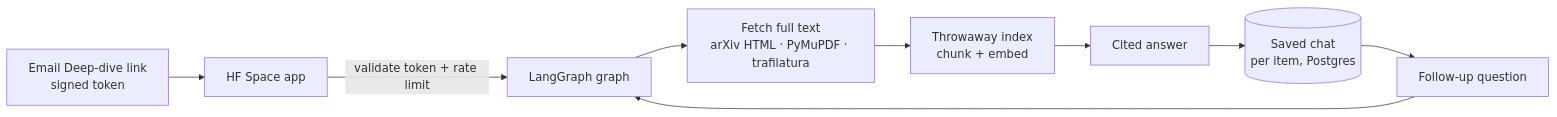
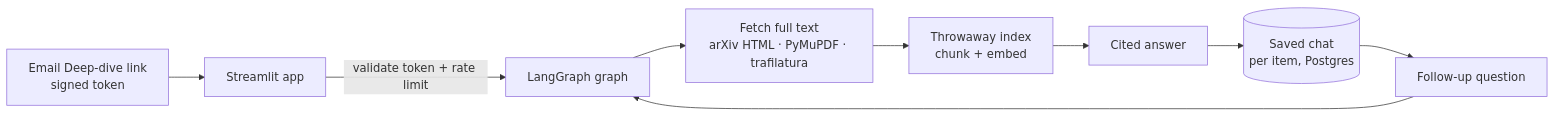
The fifth of 7 diagrams in flow.md (Shashank8602/Research_Radar), drawn with Mermaid before and after one commit. The commit also changed other lines of this file and 20 other files, not shown here.

````diff
--- a/flow.md
+++ b/flow.md
@@ -137,10 +137,10 @@
 ```mermaid
 flowchart LR
-    E[Email Deep-dive link<br/>signed token] --> A[HF Space app]
+    E[Email Deep-dive link<br/>signed token] --> A[Streamlit app]
     A -->|validate token + rate limit| G[LangGraph graph]
     G --> FT[Fetch full text<br/>arXiv HTML · PyMuPDF · trafilatura]
     FT --> IX[Throwaway index<br/>chunk + embed]
     IX --> AN[Cited answer]
     AN --> CH[(Saved chat<br/>per item, Postgres)]
     CH --> FU[Follow-up question] --> G
 ```
````
